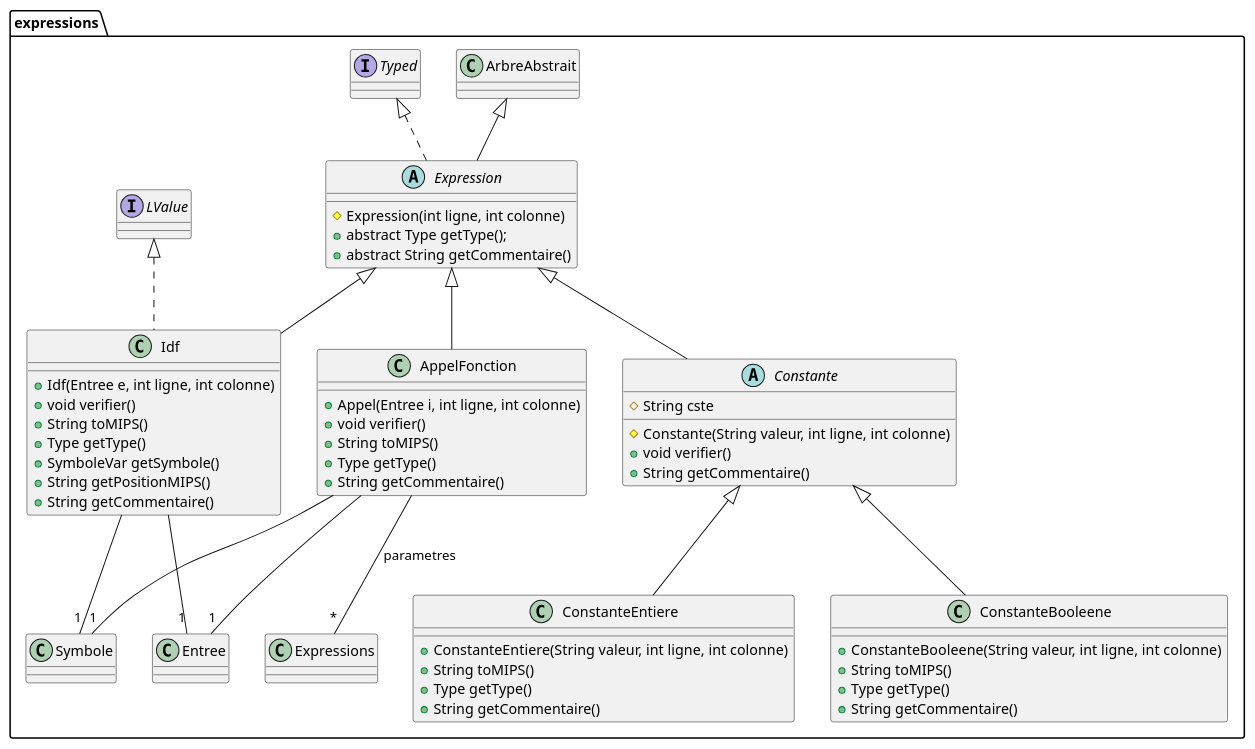
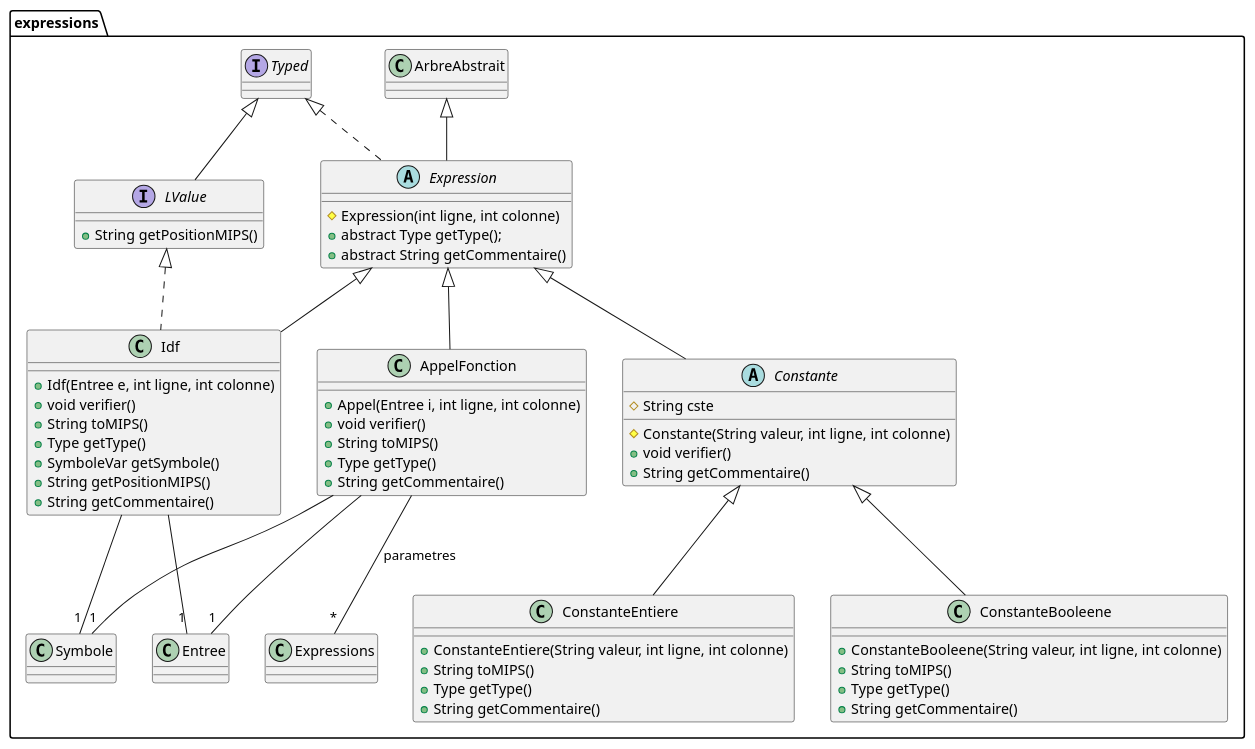
Before and after one commit to wehddn/L3-Compilation-Projet: the diagram in src/Diagrammes/arbre.expressions.puml, drawn with PlantUML. The commit also changed 6 other files, not shown here.

Commit message:
Implementation du diagramme de classe - Modification du diagramme de classe - Les noeudsTDS ont maintenant les bons numéros de bloc - Changement de version

```diff
--- a/src/Diagrammes/arbre.expressions.puml
+++ b/src/Diagrammes/arbre.expressions.puml
@@ -1,56 +1,62 @@
 @startuml
 package expressions {
 	class AppelFonction extends Expression {
 		+ Appel(Entree i, int ligne, int colonne)
 		+ void verifier()
 		+ String toMIPS()
 		+ Type getType()
 		+ String getCommentaire()
 	}
 	AppelFonction --"1" Entree
 	AppelFonction --"1" Symbole
 	AppelFonction --"*" Expressions : parametres
 
 
 
 	abstract class Constante extends Expression {
 		# String cste
 		# Constante(String valeur, int ligne, int colonne)
 		+ void verifier()
 		+ String getCommentaire()
 	}
 
 	class ConstanteBooleene extends Constante {
 		+ ConstanteBooleene(String valeur, int ligne, int colonne)
 		+ String toMIPS()
 		+ Type getType()
 		+ String getCommentaire()
 	}
 
 	class ConstanteEntiere extends Constante {
 		+ ConstanteEntiere(String valeur, int ligne, int colonne)
 		+ String toMIPS()
 		+ Type getType()
 		+ String getCommentaire()
 	}
 
 
 	abstract class Expression extends ArbreAbstrait implements Typed{
 		# Expression(int ligne, int colonne)
 		+ abstract Type getType();
 		+ abstract String getCommentaire()
 	}
 
 	class Idf extends Expression implements LValue {
 		+ Idf(Entree e, int ligne, int colonne)
 		+ void verifier()
 		+ String toMIPS()
 		+ Type getType()
 		+ SymboleVar getSymbole()
 		+ String getPositionMIPS()
 		+ String getCommentaire()
 	}
 	Idf --"1" Symbole
 	Idf --"1" Entree
+
+	interface LValue implements Typed {
+		+ String getPositionMIPS()
+	}
+
+
 }
 @enduml
```
